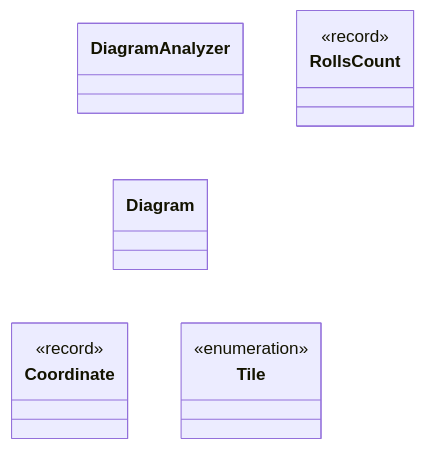
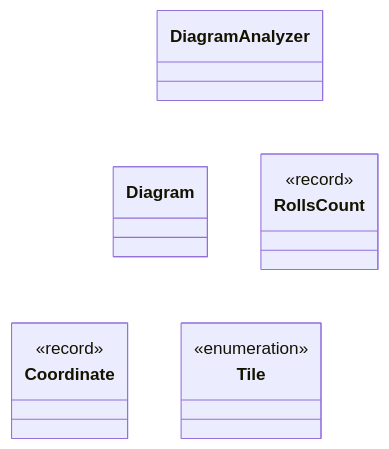
Before and after one commit to lauraheerrera/aoc2025: the diagram in UML diagrams/uml_day04.md, drawn with Mermaid. The commit also changed 5 other files, not shown here.

````diff
--- a/UML diagrams/uml_day04.md
+++ b/UML diagrams/uml_day04.md
@@ -3,22 +3,23 @@
 ```mermaid
 %%{init: { 'themeVariables': { 'lineColor': '#FFFFFF' } } }%%
 classDiagram
     direction TB
     class DiagramAnalyzer {
     }
     class Diagram {
     }
     class Coordinate {
         <<record>>
     }
     class Tile {
         <<enumeration>>
     }
     class RollsCount {
         <<record>>
     }
     DiagramAnalyzer --> Diagram
-Diagram --> Coordinate
+Diagram ..> Coordinate
+DiagramAnalyzer ..> RollsCount
 Diagram --> Tile
 
 ```
````
